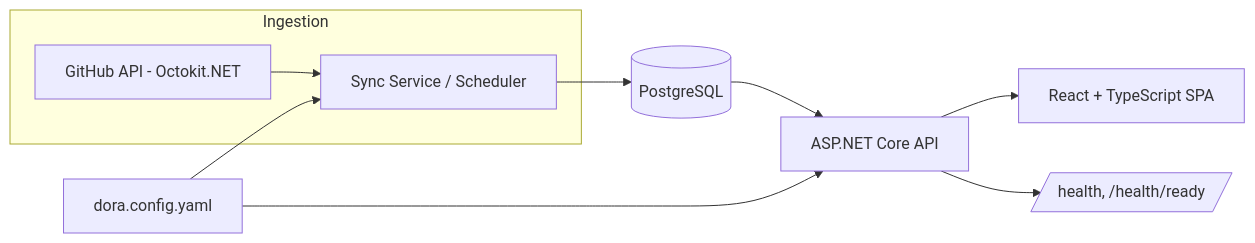
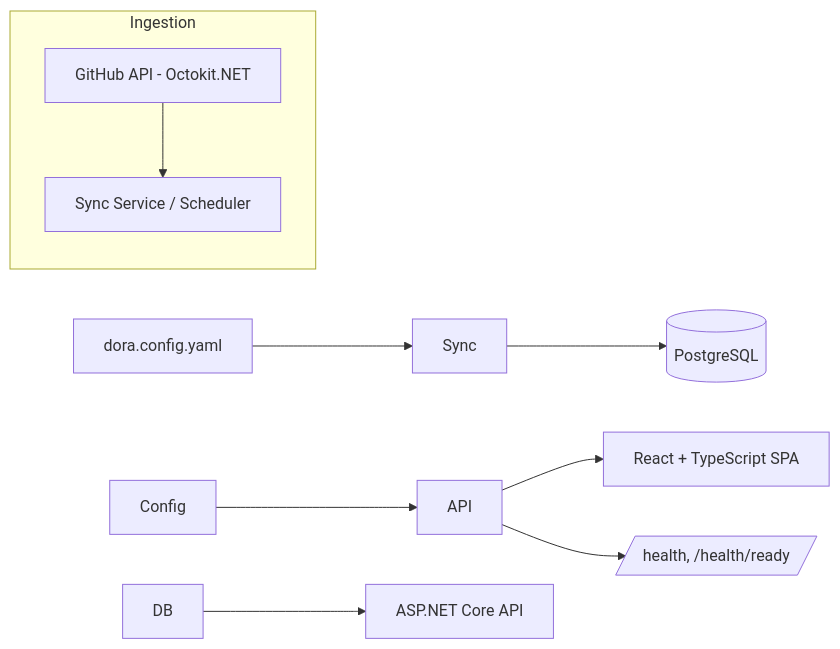
Before and after one commit to piyushsngh401/dora-dashboard: the diagram in README.md, drawn with Mermaid. The commit also changed other lines of this file and 1 other file, not shown here.

````diff
--- a/README.md
+++ b/README.md
@@ -17,12 +19,12 @@
 ```mermaid
 flowchart LR
     subgraph Ingestion
-        GH[GitHub API - Octokit.NET] --> Sync[Sync Service / Scheduler]
+        GH\[GitHub API - Octokit.NET] --> Sync\[Sync Service / Scheduler]
     end
-    Sync --> DB[(PostgreSQL)]
-    Config[dora.config.yaml] --> Sync
+    Sync --> DB\[(PostgreSQL)]
+    Config\[dora.config.yaml] --> Sync
     Config --> API
-    DB --> API[ASP.NET Core API]
-    API --> Web[React + TypeScript SPA]
-    API --> Health[/health, /health/ready/]
+    DB --> API\[ASP.NET Core API]
+    API --> Web\[React + TypeScript SPA]
+    API --> Health\[/health, /health/ready/]
 ```
````
